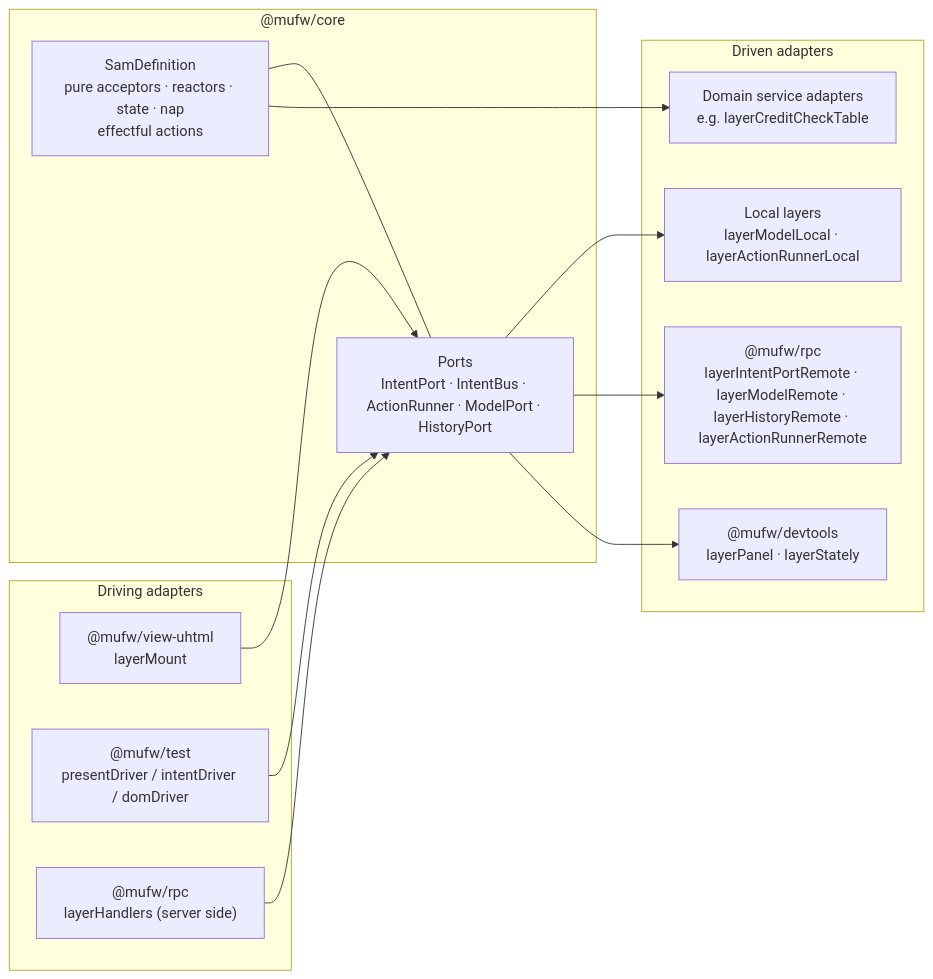
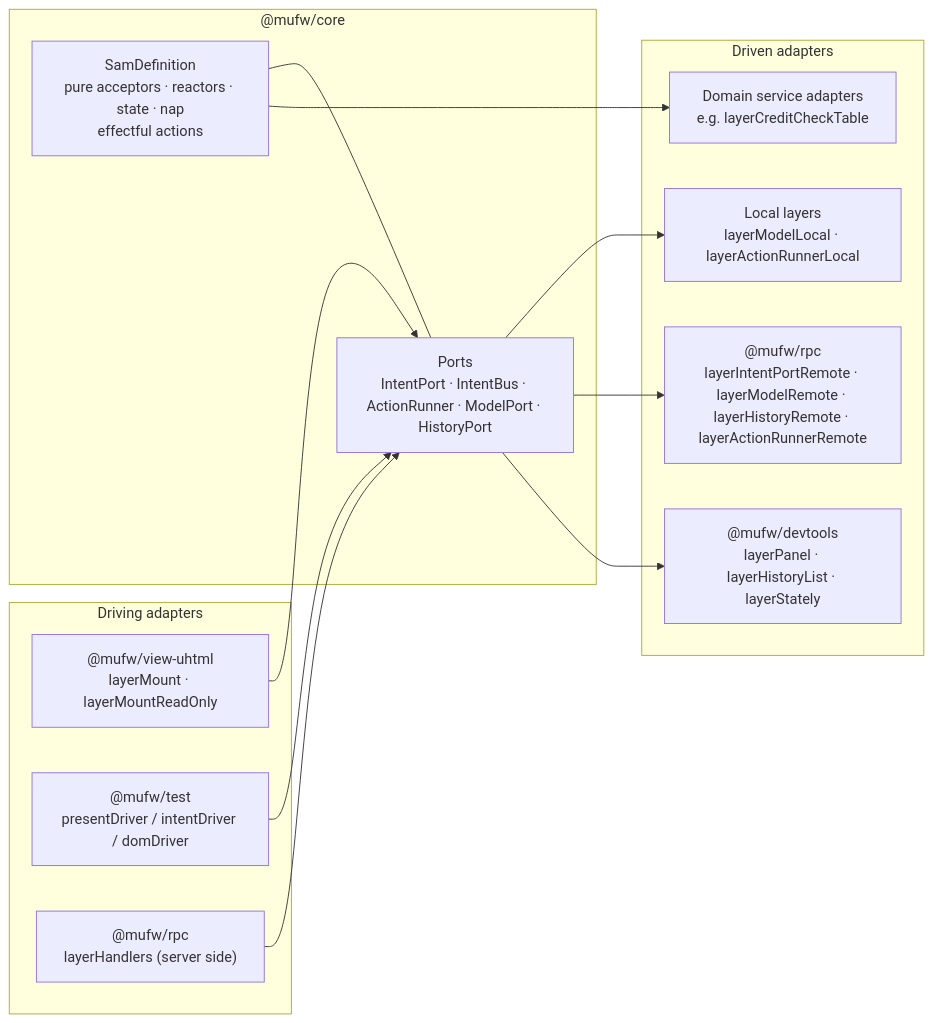
One commit to Trebh/microfw changed the first of 2 diagrams in docs/ARCHITECTURE.md. Above: the diagram before and after it, drawn with Mermaid. The commit also changed other lines of this file and 124 other files, not shown here.

````diff
--- a/docs/ARCHITECTURE.md
+++ b/docs/ARCHITECTURE.md
@@ -14,26 +14,26 @@
 ```mermaid
 flowchart LR
   subgraph Driving adapters
-    View["@mufw/view-uhtml<br/>layerMount"]
+    View["@mufw/view-uhtml<br/>layerMount · layerMountReadOnly"]
     Drivers["@mufw/test<br/>presentDriver / intentDriver / domDriver"]
     Handlers["@mufw/rpc<br/>layerHandlers (server side)"]
   end
   subgraph Core["@mufw/core"]
     Def["SamDefinition<br/>pure acceptors · reactors · state · nap<br/>effectful actions"]
     Ports["Ports<br/>IntentPort · IntentBus · ActionRunner · ModelPort · HistoryPort"]
     Def --- Ports
   end
   subgraph Driven adapters
     Local["Local layers<br/>layerModelLocal · layerActionRunnerLocal"]
     Remote["@mufw/rpc<br/>layerIntentPortRemote · layerModelRemote · layerHistoryRemote · layerActionRunnerRemote"]
     Domain["Domain service adapters<br/>e.g. layerCreditCheckTable"]
-    Devtools["@mufw/devtools<br/>layerPanel · layerStately"]
+    Devtools["@mufw/devtools<br/>layerPanel · layerHistoryList · layerStately"]
   end
   View --> Ports
   Drivers --> Ports
   Handlers --> Ports
   Ports --> Local
   Ports --> Remote
   Def --> Domain
   Ports --> Devtools
 ```
````
